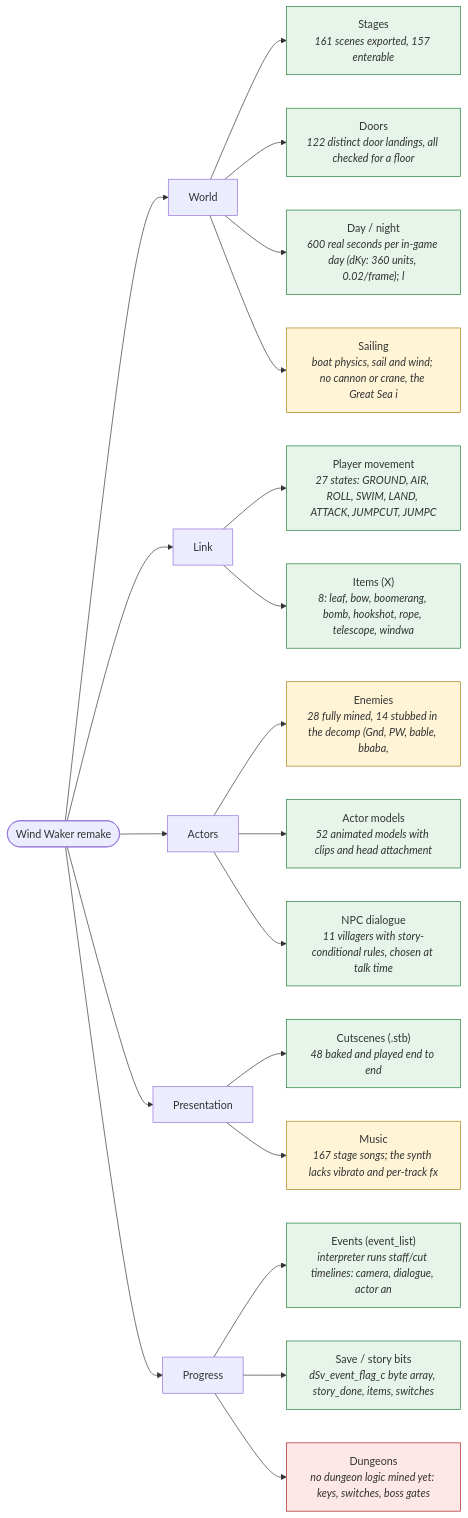
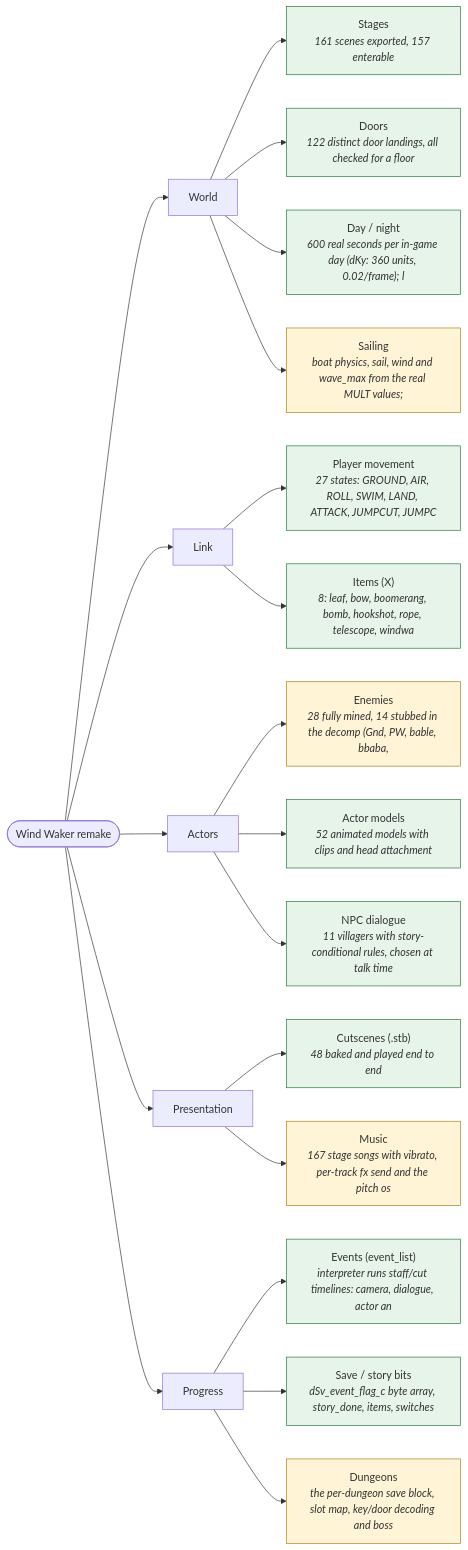
Before and after one commit to Felbs/3d-ripper-9000: the first of 2 diagrams in docs/game_map.md, drawn with Mermaid. The commit also changed other lines of this file and 3 other files, not shown here.

First line of the commit message:
gcrip chart: the generator now writes the HTML page too, and section 3 is live data

````diff
--- a/docs/game_map.md
+++ b/docs/game_map.md
@@ -12,40 +12,40 @@
 ```mermaid
 flowchart LR
     classDef ok fill:#e6f4ea,stroke:#1e7d34;
     classDef partial fill:#fff4d6,stroke:#a97f13;
     classDef missing fill:#fde7e7,stroke:#a51b1b;
     GAME(["Wind Waker remake"])
     GAME --> G0["World"]
     G0 --> G0_0["Stages<br/><i>161 scenes exported, 157 enterable</i>"]
     class G0_0 ok;
     G0 --> G0_1["Doors<br/><i>122 distinct door landings, all checked for a floor</i>"]
     class G0_1 ok;
     G0 --> G0_2["Day / night<br/><i>600 real seconds per in-game day (dKy: 360 units, 0.02/frame); l</i>"]
     class G0_2 ok;
-    G0 --> G0_3["Sailing<br/><i>boat physics, sail and wind; no cannon or crane, the Great Sea i</i>"]
+    G0 --> G0_3["Sailing<br/><i>boat physics, sail, wind and wave_max from the real MULT values;</i>"]
     class G0_3 partial;
     GAME --> G1["Link"]
     G1 --> G1_0["Player movement<br/><i>27 states: GROUND, AIR, ROLL, SWIM, LAND, ATTACK, JUMPCUT, JUMPC</i>"]
     class G1_0 ok;
     G1 --> G1_1["Items (X)<br/><i>8: leaf, bow, boomerang, bomb, hookshot, rope, telescope, windwa</i>"]
     class G1_1 ok;
     GAME --> G2["Actors"]
     G2 --> G2_0["Enemies<br/><i>28 fully mined, 14 stubbed in the decomp (Gnd, PW, bable, bbaba,</i>"]
     class G2_0 partial;
     G2 --> G2_1["Actor models<br/><i>52 animated models with clips and head attachment</i>"]
     class G2_1 ok;
     G2 --> G2_2["NPC dialogue<br/><i>11 villagers with story-conditional rules, chosen at talk time</i>"]
     class G2_2 ok;
     GAME --> G3["Presentation"]
     G3 --> G3_0["Cutscenes (.stb)<br/><i>48 baked and played end to end</i>"]
     class G3_0 ok;
-    G3 --> G3_1["Music<br/><i>167 stage songs; the synth lacks vibrato and per-track fx</i>"]
+    G3 --> G3_1["Music<br/><i>167 stage songs with vibrato, per-track fx send and the pitch os</i>"]
     class G3_1 partial;
     GAME --> G4["Progress"]
     G4 --> G4_0["Events (event_list)<br/><i>interpreter runs staff/cut timelines: camera, dialogue, actor an</i>"]
     class G4_0 ok;
     G4 --> G4_1["Save / story bits<br/><i>dSv_event_flag_c byte array, story_done, items, switches</i>"]
     class G4_1 ok;
-    G4 --> G4_2["Dungeons<br/><i>no dungeon logic mined yet: keys, switches, boss gates</i>"]
-    class G4_2 missing;
+    G4 --> G4_2["Dungeons<br/><i>the per-dungeon save block, slot map, key/door decoding and boss</i>"]
+    class G4_2 partial;
 ```
````
